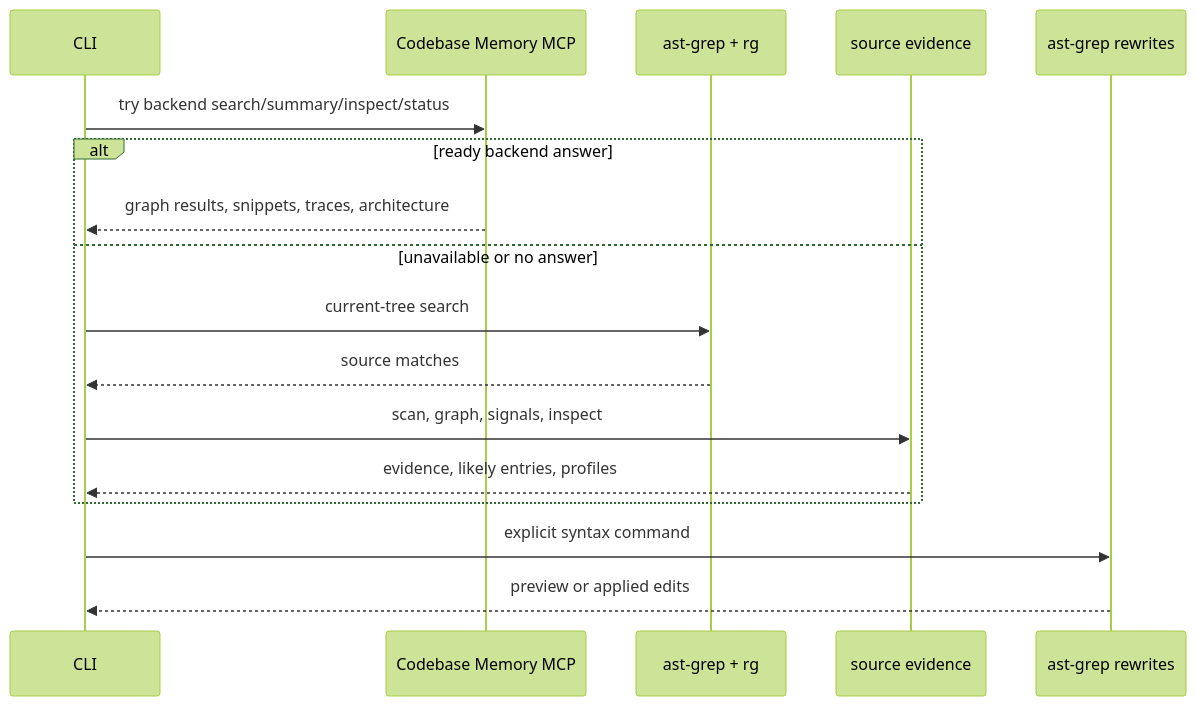
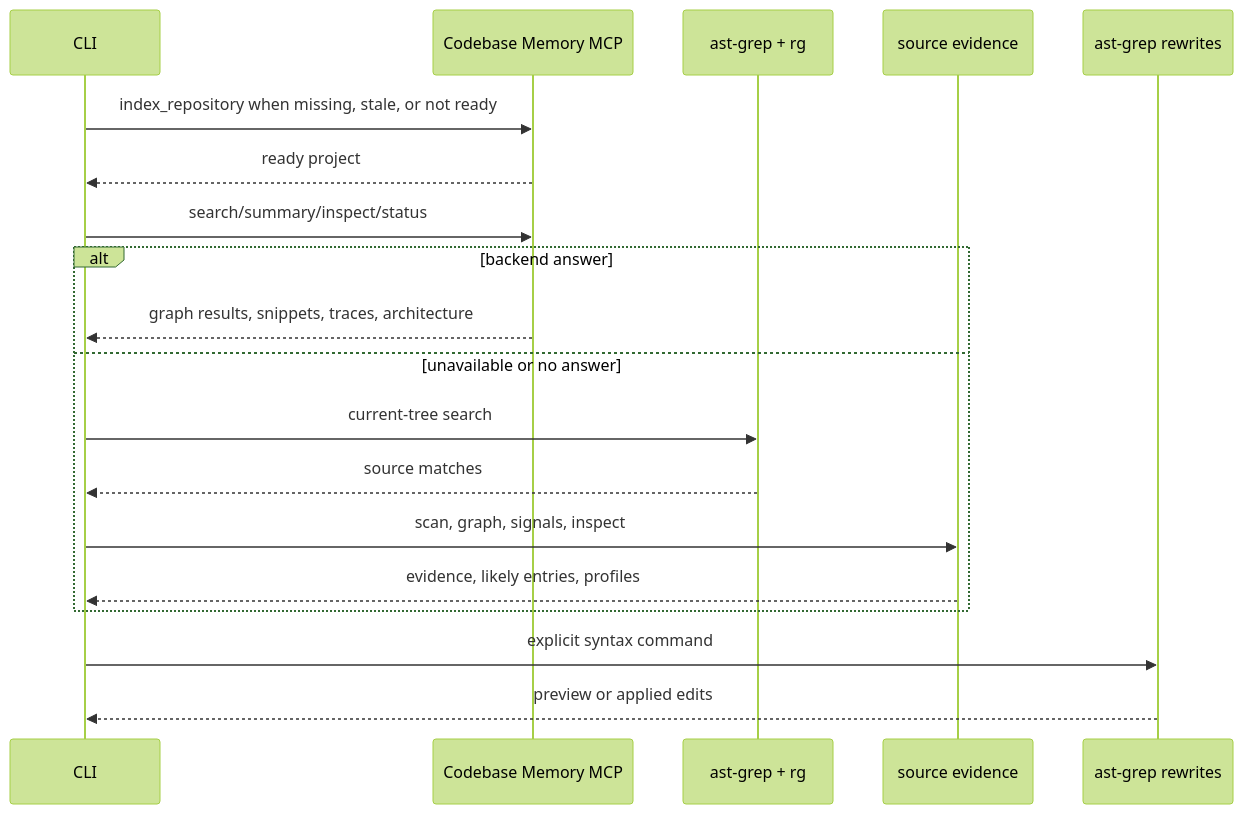
One commit to teron131/codemap changed the first of 2 diagrams in README.md. Above: the diagram before and after it, drawn with Mermaid (forest theme). The commit also changed other lines of this file and 7 other files, not shown here.

````diff
--- a/README.md
+++ b/README.md
@@ -41,20 +39,22 @@
 ```mermaid
 sequenceDiagram
     participant CLI
     participant Backend as Codebase Memory MCP
     participant Search as ast-grep + rg
     participant Source as source evidence
     participant Syntax as ast-grep rewrites
 
-    CLI->>Backend: try backend search/summary/inspect/status
-    alt ready backend answer
+    CLI->>Backend: index_repository when missing, stale, or not ready
+    Backend-->>CLI: ready project
+    CLI->>Backend: search/summary/inspect/status
+    alt backend answer
         Backend-->>CLI: graph results, snippets, traces, architecture
     else unavailable or no answer
         CLI->>Search: current-tree search
         Search-->>CLI: source matches
         CLI->>Source: scan, graph, signals, inspect
         Source-->>CLI: evidence, likely entries, profiles
     end
     CLI->>Syntax: explicit syntax command
     Syntax-->>CLI: preview or applied edits
 ```
````
